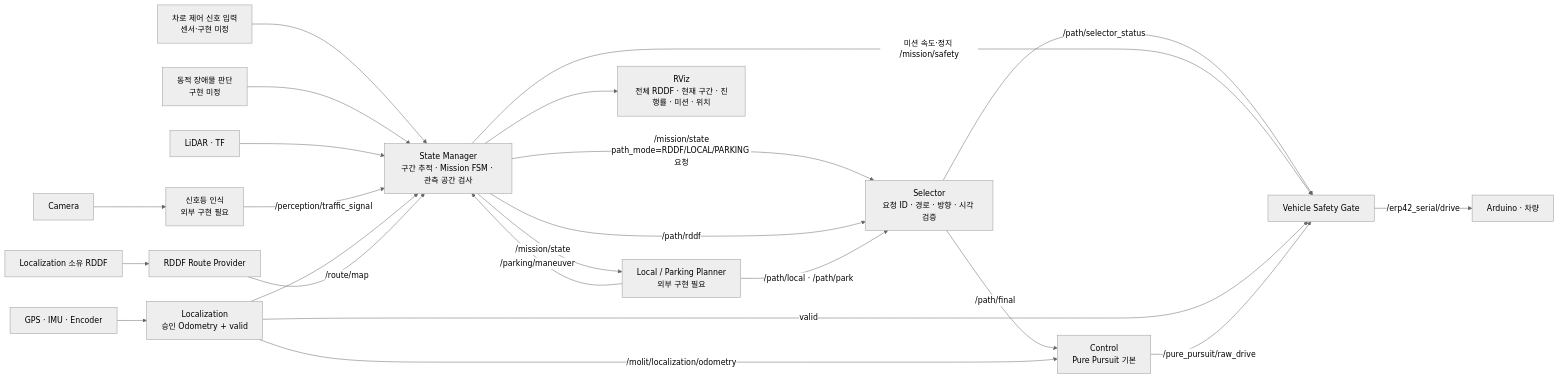
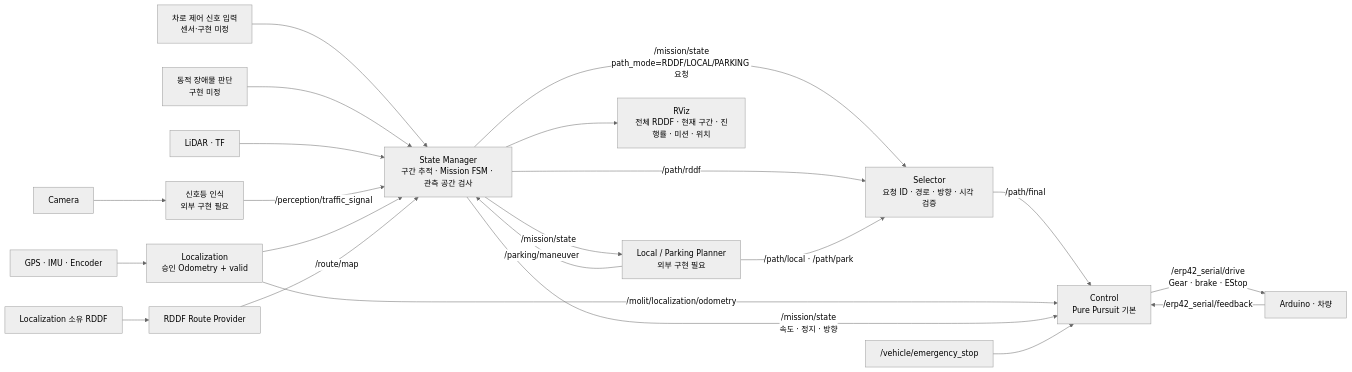
The diagram in README.md (Team-Stier/HL-FMA-1-5-2026), drawn with Mermaid (neutral theme) before and after one commit. The commit also changed other lines of this file and 30 other files, not shown here.

Commit message:
refactor: connect control directly to vehicle interface

````diff
--- a/README.md
+++ b/README.md
@@ -206,25 +205,24 @@
 ```mermaid
 flowchart LR
     GPS["GPS · IMU · Encoder"] --> LOC["Localization<br/>승인 Odometry + valid"]
     CAM["Camera"] --> TRAFFIC["신호등 인식<br/>외부 구현 필요"]
     LANE["차로 제어 신호 입력<br/>센서·구현 미정"] --> SM
     DYNAMIC["동적 장애물 판단<br/>구현 미정"] --> SM
     LIDAR["LiDAR · TF"] --> SM
     TRAFFIC -->|"/perception/traffic_signal"| SM
     LOC --> SM
     RDDF["Localization 소유 RDDF"] --> PROVIDER["RDDF Route Provider"]
     PROVIDER -->|"/route/map"| SM["State Manager<br/>구간 추적 · Mission FSM · 관측 공간 검사"]
     SM -->|"/mission/state"| LOCAL["Local / Parking Planner<br/>외부 구현 필요"]
     SM -->|"/mission/state<br/>path_mode=RDDF/LOCAL/PARKING 요청"| SELECTOR["Selector<br/>요청 ID · 경로 · 방향 · 시각 검증"]
     SM -->|"/path/rddf"| SELECTOR
     LOCAL -->|"/path/local · /path/park"| SELECTOR
     LOCAL -->|"/parking/maneuver"| SM
     SELECTOR -->|"/path/final"| CONTROL["Control<br/>Pure Pursuit 기본"]
     LOC -->|"/molit/localization/odometry"| CONTROL
-    SELECTOR -->|"/path/selector_status"| GATE
-    SM -->|"미션 속도·정지 /mission/safety"| GATE["Vehicle Safety Gate"]
-    LOC -->|"valid"| GATE
-    CONTROL -->|"/pure_pursuit/raw_drive"| GATE
-    GATE -->|"/erp42_serial/drive"| VEHICLE["Arduino · 차량"]
+    SM -->|"/mission/state<br/>속도 · 정지 · 방향"| CONTROL
+    ESTOP["/vehicle/emergency_stop"] --> CONTROL
+    CONTROL -->|"/erp42_serial/drive<br/>Gear · brake · EStop"| VEHICLE["Arduino · 차량"]
+    VEHICLE -->|"/erp42_serial/feedback"| CONTROL
     SM --> RVIZ["RViz<br/>전체 RDDF · 현재 구간 · 진행률 · 미션 · 위치"]
 ```
````
